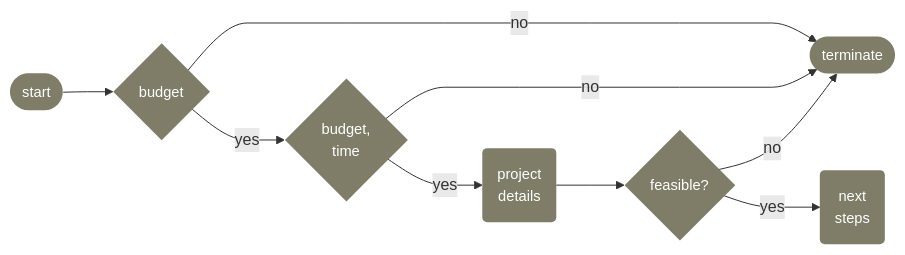
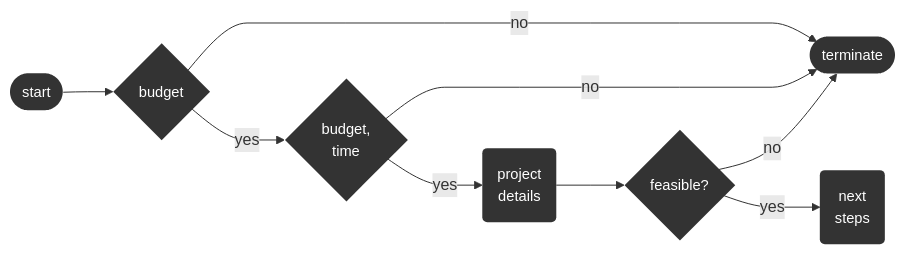
One commit to thereferences/systems changed the diagram in docs/source/introduction/introduction.md. Above: the diagram before and after it, drawn with Mermaid. The commit also changed other lines of this file, not shown here.

````diff
--- a/docs/source/introduction/introduction.md
+++ b/docs/source/introduction/introduction.md
@@ -5,14 +5,14 @@
 ```{mermaid}
 %%{ init: { 'flowchart': { 'curve': 'monotoneX'} } }%%
 flowchart LR    
     id0([start]) --> id1{<span title="Does the potential project have a budget?">budget</span>} 
     id1 -- yes --> id2{<span title="Is the budget, project timebox, and the collaboration commitment plausible?">budget,<br>time</span>}
     id1 -- no --> id3([terminate])
     id2 -- no --> id3
     id2 -- yes --> id5(<span title="The project scope/design details">project<br>details</span>)
     id5 --> id6{<span title="Is the potential project addressable via machine learning, technically feasible, and economically viable?">feasible?</span>}
     id6 -- no --> id3
     id6 -- yes --> id8(next <br> steps)
     
-    classDef default fill:#7f7c67,stroke:#7f7c67,stroke-width:0px,color:#ffffff,font-size:11pt;
+    classDef default fill:#333333,stroke:#333333,stroke-width:0px,color:#ffffff,font-size:11pt;
 ```
````
